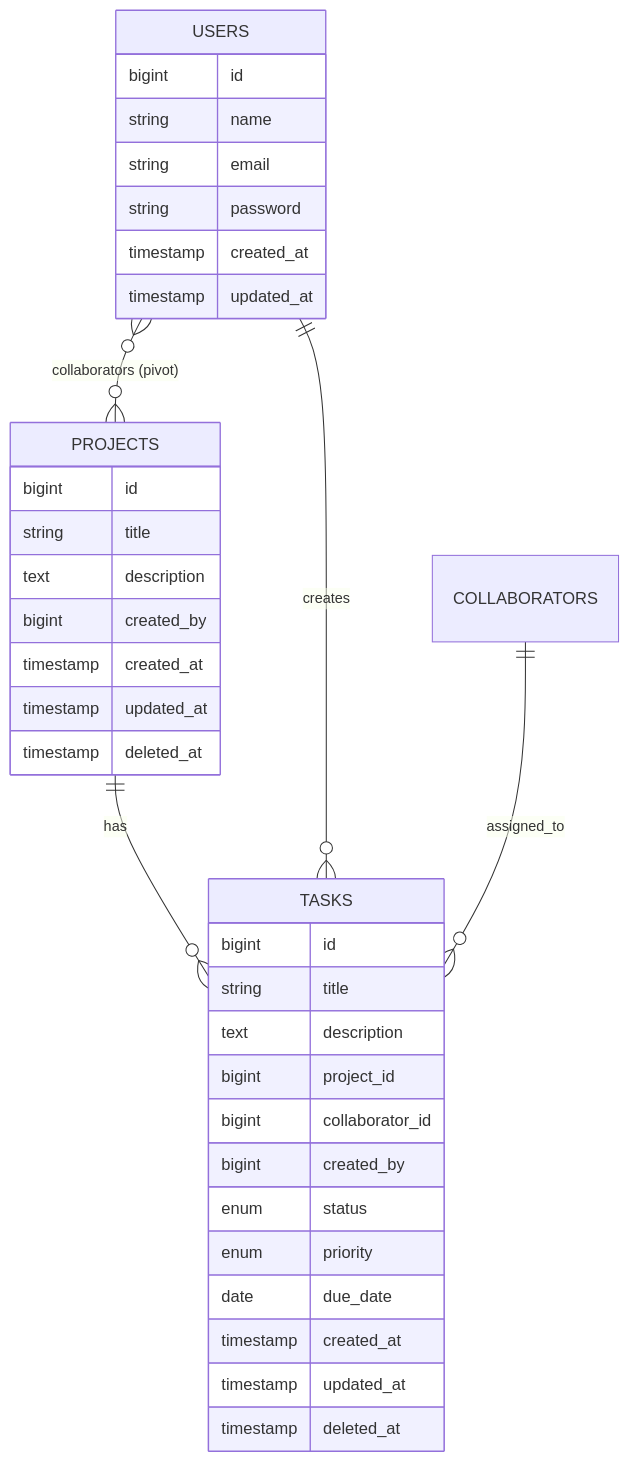
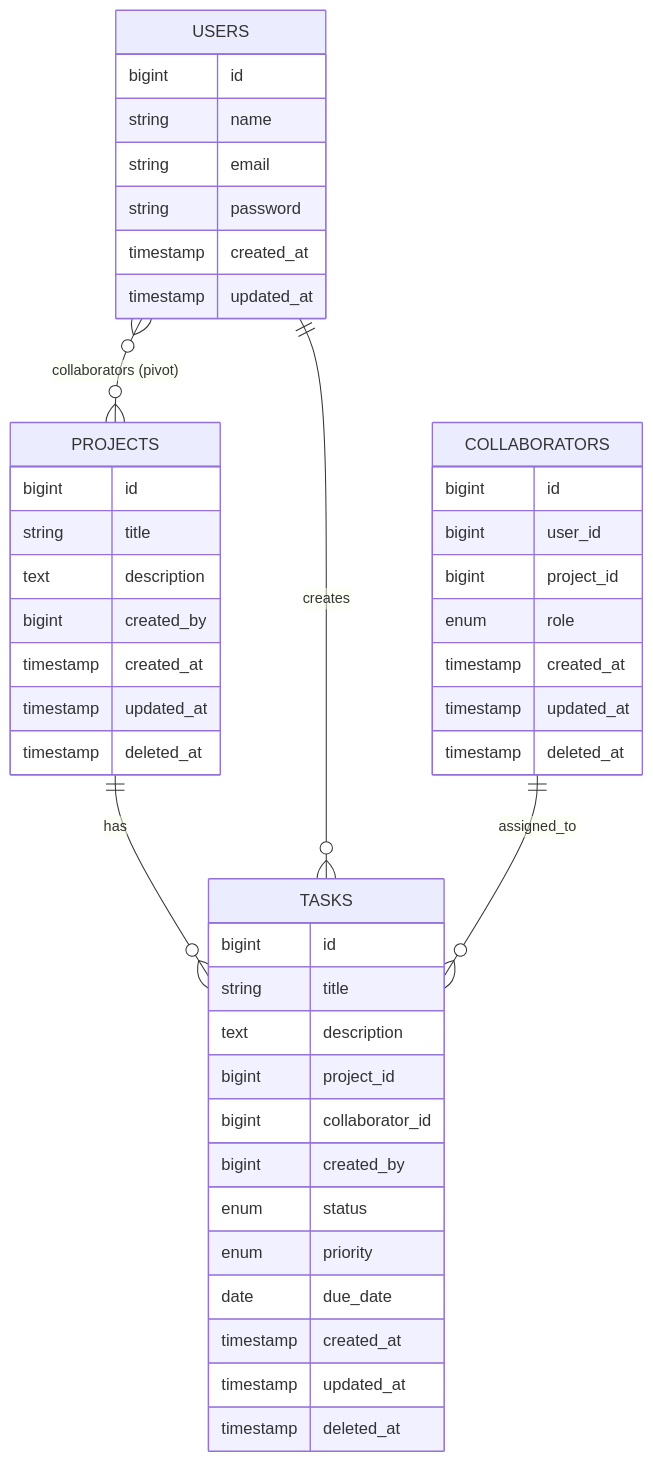
One commit to IBamou/DevTrack changed the diagram in docs/DATABASE.md. Above: the diagram before and after it, drawn with Mermaid. The commit also changed 19 other files, not shown here.

````diff
--- a/docs/DATABASE.md
+++ b/docs/DATABASE.md
@@ -5,41 +5,51 @@
 ```mermaid
 erDiagram
     USERS }o--o{ PROJECTS : "collaborators (pivot)"
     PROJECTS ||--o{ TASKS : "has"
     USERS ||--o{ TASKS : "creates"
     COLLABORATORS ||--o{ TASKS : "assigned_to"
 
     USERS {
         bigint id
         string name
         string email
         string password
         timestamp created_at
         timestamp updated_at
+    }
+
+    COLLABORATORS {
+        bigint id
+        bigint user_id
+        bigint project_id
+        enum role
+        timestamp created_at
+        timestamp updated_at
+        timestamp deleted_at
     }
 
     PROJECTS {
         bigint id
         string title
         text description
         bigint created_by
         timestamp created_at
         timestamp updated_at
         timestamp deleted_at
     }
 
     TASKS {
         bigint id
         string title
         text description
         bigint project_id
         bigint collaborator_id
         bigint created_by
         enum status
         enum priority
         date due_date
         timestamp created_at
         timestamp updated_at
         timestamp deleted_at
     }
 ```
````
